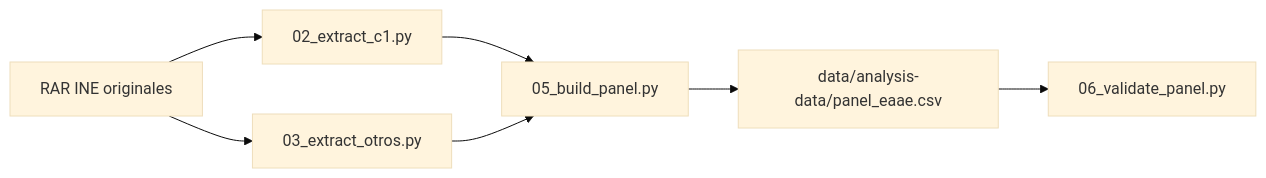
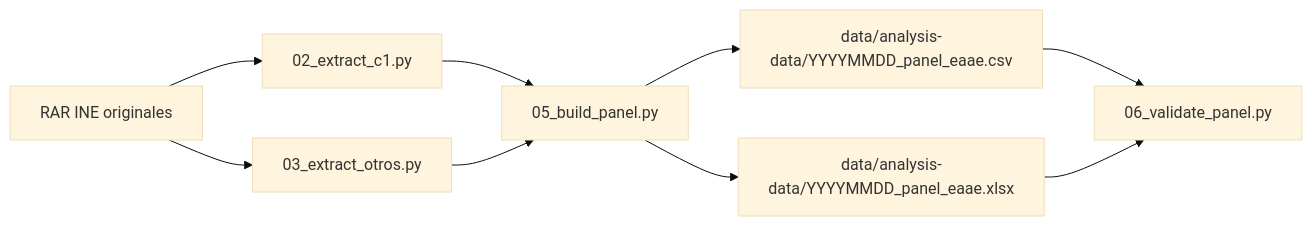
One commit to feliperuizbruzzone/economia-uruguay changed the diagram in docs/minutes/20260507_minuta_eaae_pipeline.qmd. Above: the diagram before and after it, drawn with Mermaid (base theme). The commit also changed other lines of this file and 58 other files, not shown here.

````diff
--- a/docs/minutes/20260507_minuta_eaae_pipeline.qmd
+++ b/docs/minutes/20260507_minuta_eaae_pipeline.qmd
@@ -183,9 +193,11 @@
 ```{mermaid}
 flowchart LR
   A[RAR INE originales] --> B[02_extract_c1.py]
   A --> C[03_extract_otros.py]
   B --> D[05_build_panel.py]
   C --> D
-  D --> E[data/analysis-data/panel_eaae.csv]
+  D --> E[data/analysis-data/YYYYMMDD_panel_eaae.csv]
+  D --> G[data/analysis-data/YYYYMMDD_panel_eaae.xlsx]
   E --> F[06_validate_panel.py]
+  G --> F
 ```
````
